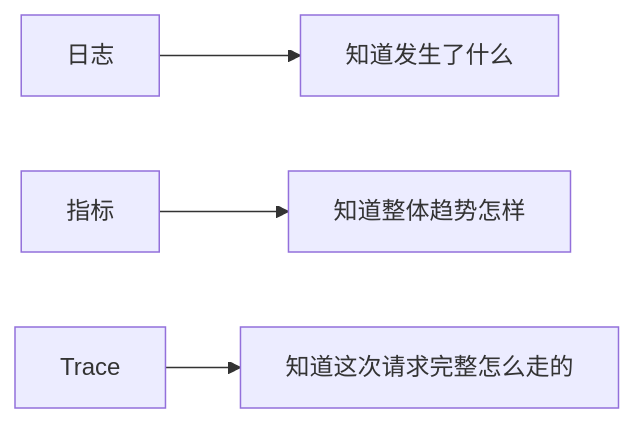
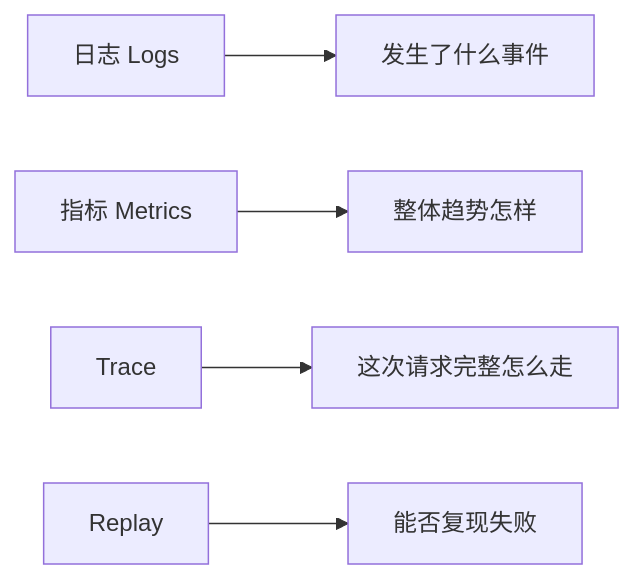
The first of 2 diagrams in docs/stage9/ch08-eval-safety/05-observability.md (oudbiao/AI-fullstack-course), drawn with Mermaid before and after one commit. The commit also changed other lines of this file and 13 other files, not shown here.

````diff
--- a/docs/stage9/ch08-eval-safety/05-observability.md
+++ b/docs/stage9/ch08-eval-safety/05-observability.md
@@ -34,6 +25,7 @@
 ```mermaid
 flowchart LR
-    A["日志"] --> B["知道发生了什么"]
-    C["指标"] --> D["知道整体趋势怎样"]
-    E["Trace"] --> F["知道这次请求完整怎么走的"]
+  A[日志 Logs] --> B[发生了什么事件]
+  C[指标 Metrics] --> D[整体趋势怎样]
+  E[Trace] --> F[这次请求完整怎么走]
+  G[Replay] --> H[能否复现失败]
 ```
````
